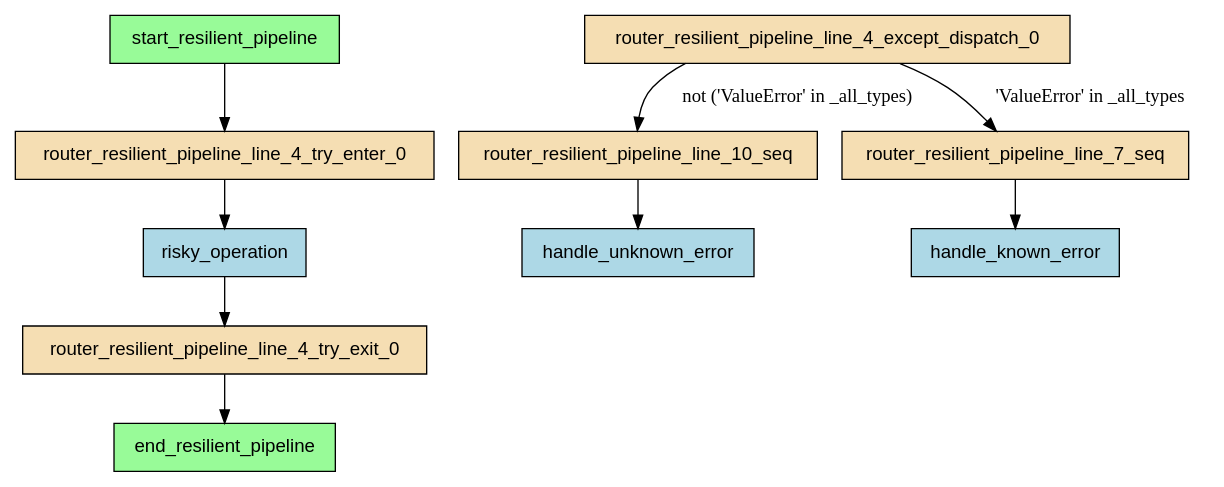
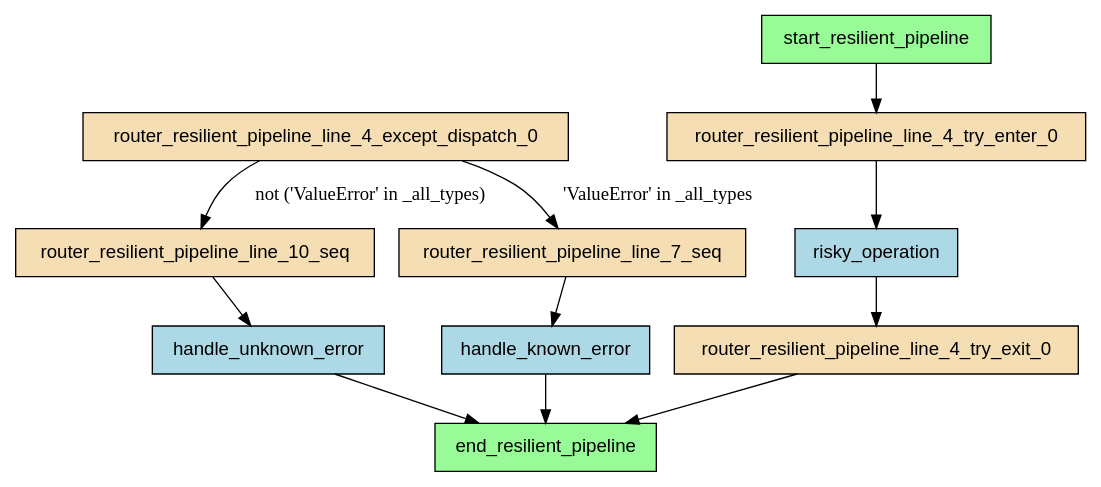
One commit to deliveryhero/asya changed the diagram in examples/flows/compiled/try_except_catch_all/flow.dot. Above: the diagram before and after it, drawn with Graphviz. The commit also changed 142 other files, not shown here.

```diff
--- a/examples/flows/compiled/try_except_catch_all/flow.dot
+++ b/examples/flows/compiled/try_except_catch_all/flow.dot
@@ -1,24 +1,26 @@
-digraph "try_except_catch_all" {
+digraph "resilient_pipeline" {
     rankdir=TB;
     node [shape=box, style=filled, fontname="Helvetica"];
 
     end_resilient_pipeline [label="end_resilient_pipeline", fillcolor=palegreen];
     handle_known_error [label="handle_known_error", fillcolor=lightblue];
     handle_unknown_error [label="handle_unknown_error", fillcolor=lightblue];
     risky_operation [label="risky_operation", fillcolor=lightblue];
     router_resilient_pipeline_line_10_seq [label="router_resilient_pipeline_line_10_seq", fillcolor=wheat];
     router_resilient_pipeline_line_4_except_dispatch_0 [label="router_resilient_pipeline_line_4_except_dispatch_0", fillcolor=wheat];
     router_resilient_pipeline_line_4_try_enter_0 [label="router_resilient_pipeline_line_4_try_enter_0", fillcolor=wheat];
     router_resilient_pipeline_line_4_try_exit_0 [label="router_resilient_pipeline_line_4_try_exit_0", fillcolor=wheat];
     router_resilient_pipeline_line_7_seq [label="router_resilient_pipeline_line_7_seq", fillcolor=wheat];
     start_resilient_pipeline [label="start_resilient_pipeline", fillcolor=palegreen];
 
     start_resilient_pipeline -> router_resilient_pipeline_line_4_try_enter_0;
     router_resilient_pipeline_line_7_seq -> handle_known_error;
     router_resilient_pipeline_line_10_seq -> handle_unknown_error;
     router_resilient_pipeline_line_4_try_enter_0 -> risky_operation;
     risky_operation -> router_resilient_pipeline_line_4_try_exit_0;
     router_resilient_pipeline_line_4_except_dispatch_0 -> router_resilient_pipeline_line_7_seq [label="'ValueError' in _all_types"];
     router_resilient_pipeline_line_4_except_dispatch_0 -> router_resilient_pipeline_line_10_seq [label="not ('ValueError' in _all_types)"];
+    handle_known_error -> end_resilient_pipeline;
+    handle_unknown_error -> end_resilient_pipeline;
     router_resilient_pipeline_line_4_try_exit_0 -> end_resilient_pipeline;
 }
```
